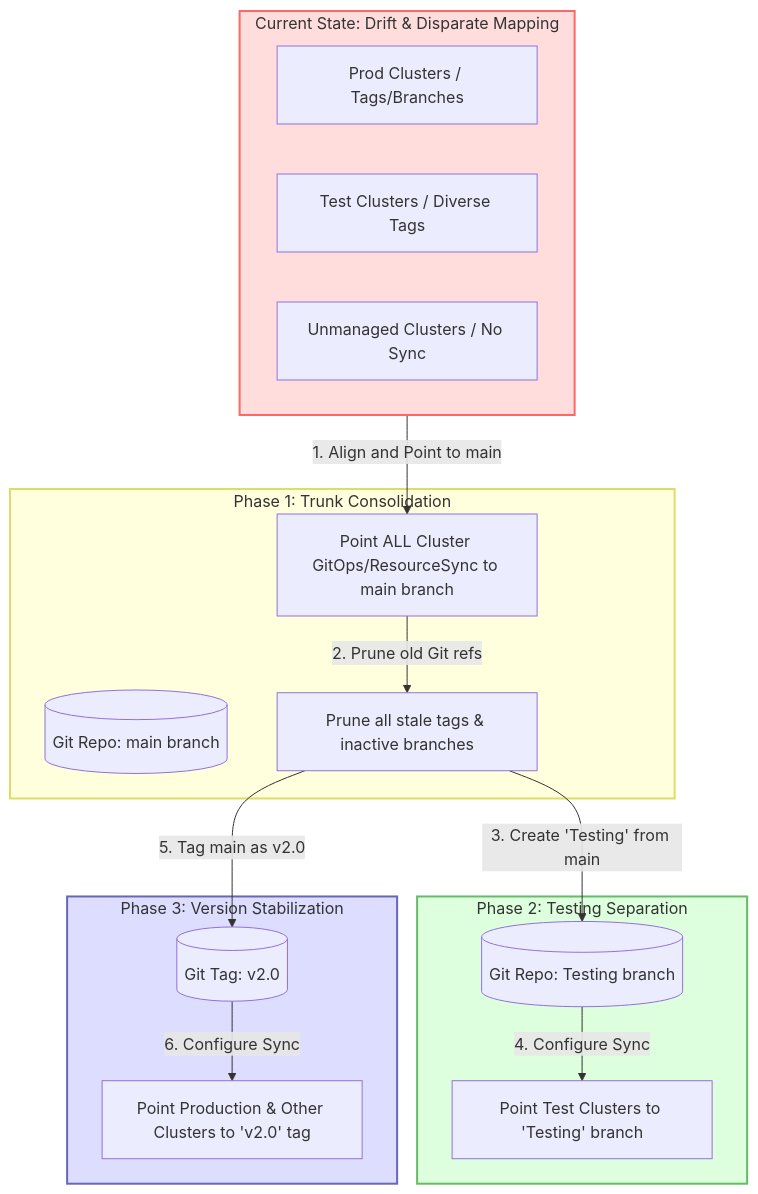
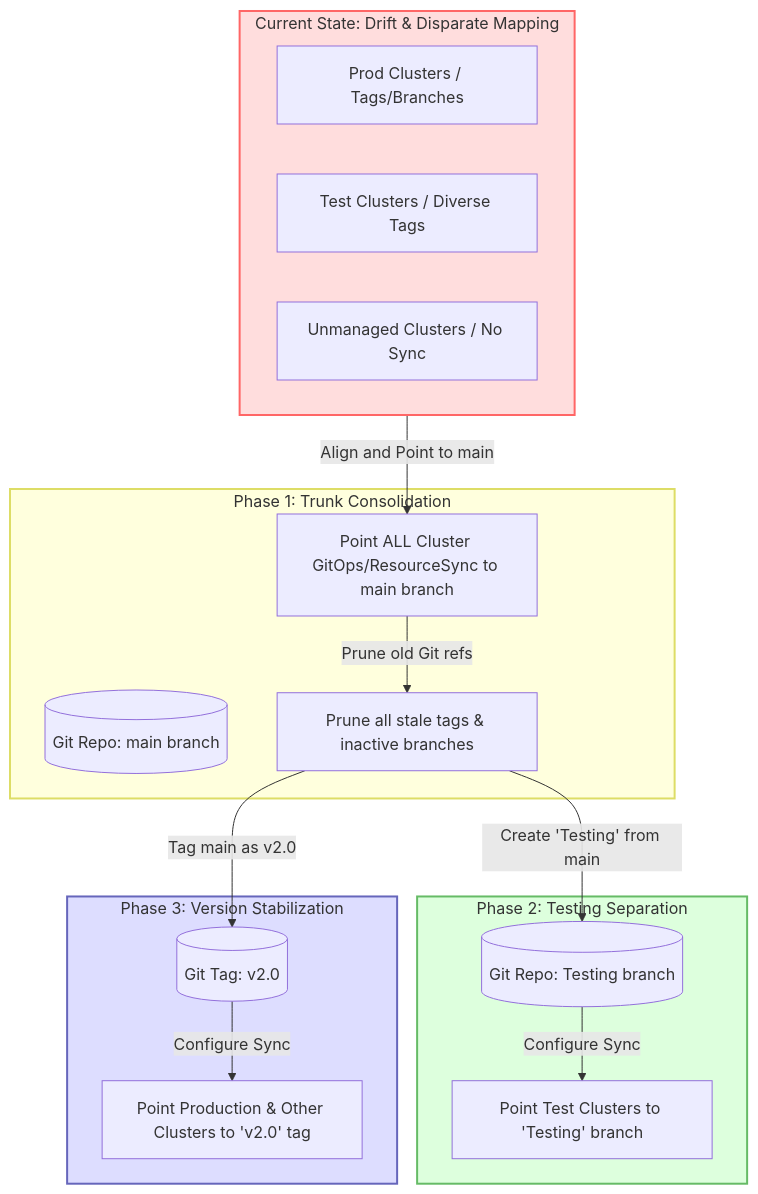
Before and after one commit to SamPlaysKeys/Workspace: the diagram in docs/gitops/consolidation-roadmap.md, drawn with Mermaid. The commit also changed other lines of this file and 1 other file, not shown here.

First line of the commit message:
Update Consolidation Roadmap

````diff
--- a/docs/gitops/consolidation-roadmap.md
+++ b/docs/gitops/consolidation-roadmap.md
@@ -19,42 +21,42 @@
 ```mermaid
 flowchart TD
     %% Current State
     subgraph Current [Current State: Drift & Disparate Mapping]
         C_Prod[Prod Clusters / Tags/Branches]
         C_Test[Test Clusters / Diverse Tags]
         C_Unmanaged[Unmanaged Clusters / No Sync]
     end
 
     %% Phase 1
     subgraph Phase1 [Phase 1: Trunk Consolidation]
         Main_Branch[(Git Repo: main branch)]
         P1_Sync[Point ALL Cluster GitOps/ResourceSync to main branch]
         P1_Clean[Prune all stale tags & inactive branches]
     end
 
     %% Phase 2
     subgraph Phase2 [Phase 2: Testing Separation]
         Test_Branch[(Git Repo: Testing branch)]
         P2_Sync[Point Test Clusters to 'Testing' branch]
     end
 
     %% Phase 3
     subgraph Phase3 [Phase 3: Version Stabilization]
         V2_Tag[(Git Tag: v2.0)]
         P3_Sync[Point Production & Other Clusters to 'v2.0' tag]
     end
 
     %% Transitions
-    Current -->|1. Align and Point to main| P1_Sync
-    P1_Sync -->|2. Prune old Git refs| P1_Clean
-    P1_Clean -->|3. Create 'Testing' from main| Test_Branch
-    Test_Branch -->|4. Configure Sync| P2_Sync
-    P1_Clean -->|5. Tag main as v2.0| V2_Tag
-    V2_Tag -->|6. Configure Sync| P3_Sync
+    Current -->|Align and Point to main| P1_Sync
+    P1_Sync -->|Prune old Git refs| P1_Clean
+    P1_Clean -->|Create 'Testing' from main| Test_Branch
+    Test_Branch -->|Configure Sync| P2_Sync
+    P1_Clean -->|Tag main as v2.0| V2_Tag
+    V2_Tag -->|Configure Sync| P3_Sync
 
     %% Styling
     style Current fill:#fdd,stroke:#f66,stroke-width:2px;
     style Phase1 fill:#ffd,stroke:#dd6,stroke-width:2px;
     style Phase2 fill:#dfd,stroke:#6b6,stroke-width:2px;
     style Phase3 fill:#ddf,stroke:#66b,stroke-width:2px;
 ```
````
